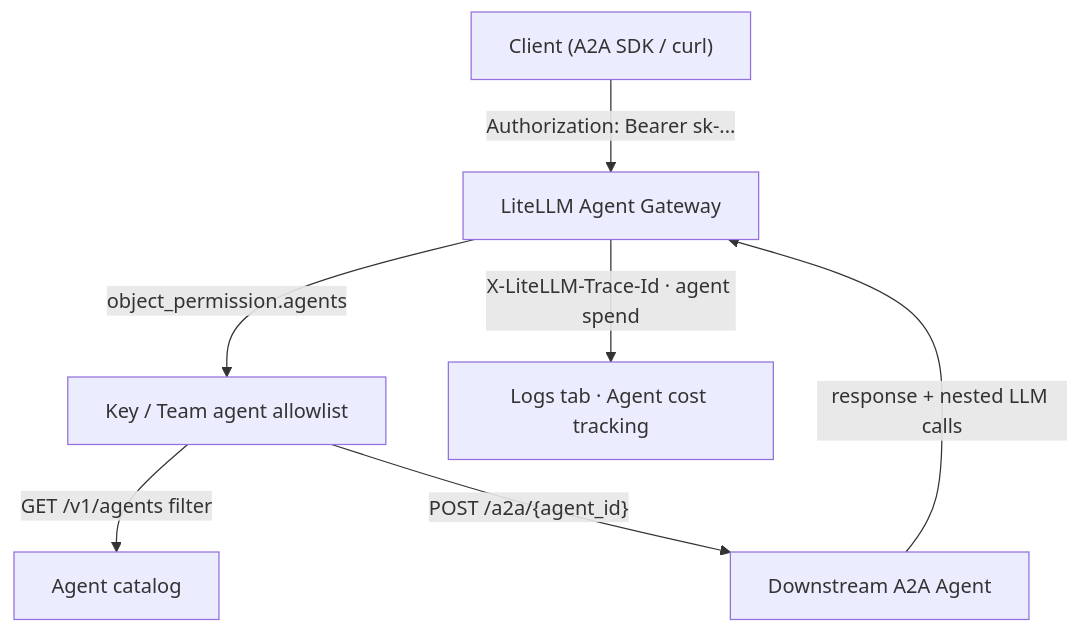
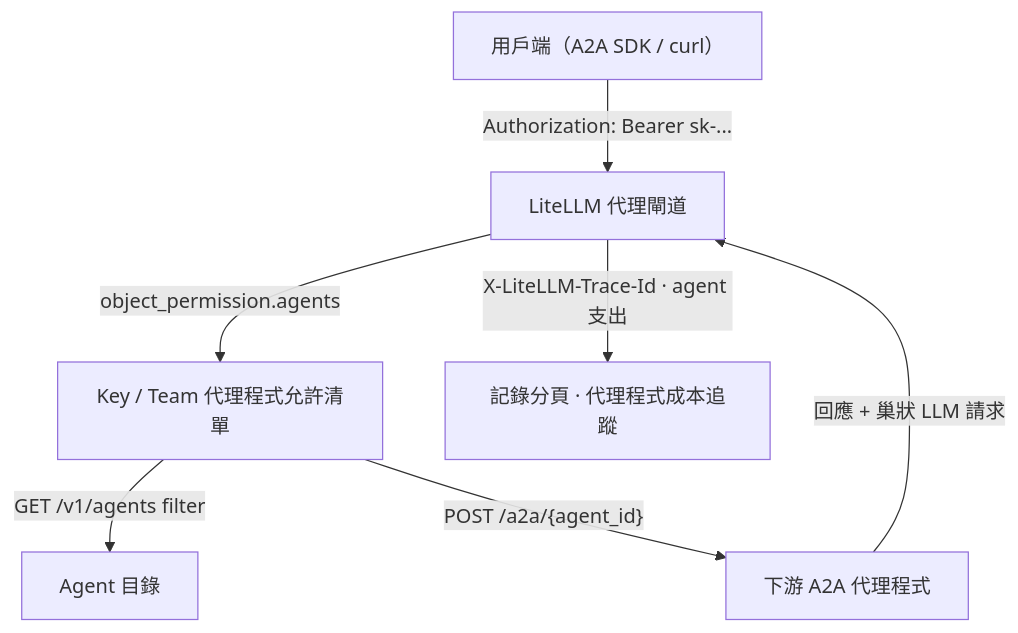
The third of 4 diagrams in docs/learn/enterprise_quickstart.md (doggy8088/litellm-docs), drawn with Mermaid before and after one commit. The commit also changed other lines of this file and 1957 other files, not shown here.

````diff
--- a/docs/learn/enterprise_quickstart.md
+++ b/docs/learn/enterprise_quickstart.md
@@ -416,10 +413,10 @@
 ```mermaid
 flowchart TD
-    CLIENT["Client (A2A SDK / curl)"]
-    CLIENT -->|"Authorization: Bearer sk-..."| PROXY["LiteLLM Agent Gateway"]
-    PROXY -->|"object_permission.agents"| PERMS["Key / Team agent allowlist"]
-    PERMS -->|"GET /v1/agents filter"| LIST["Agent catalog"]
-    PERMS -->|"POST /a2a/{agent_id}"| AGENT["Downstream A2A Agent"]
-    AGENT -->|"response + nested LLM calls"| PROXY
-    PROXY -->|"X-LiteLLM-Trace-Id · agent spend"| LOGS["Logs tab · Agent cost tracking"]
+    CLIENT["用戶端（A2A SDK / curl）"]
+    CLIENT -->|"Authorization: Bearer sk-..."| PROXY["LiteLLM 代理閘道"]
+    PROXY -->|"object_permission.agents"| PERMS["Key / Team 代理程式允許清單"]
+    PERMS -->|"GET /v1/agents filter"| LIST["Agent 目錄"]
+    PERMS -->|"POST /a2a/{agent_id}"| AGENT["下游 A2A 代理程式"]
+    AGENT -->|"回應 + 巢狀 LLM 請求"| PROXY
+    PROXY -->|"X-LiteLLM-Trace-Id · agent 支出"| LOGS["記錄分頁 · 代理程式成本追蹤"]
 ```
````
